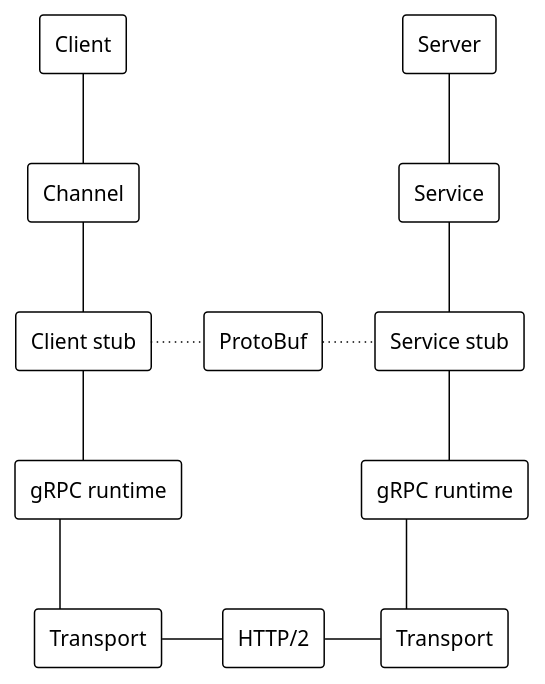
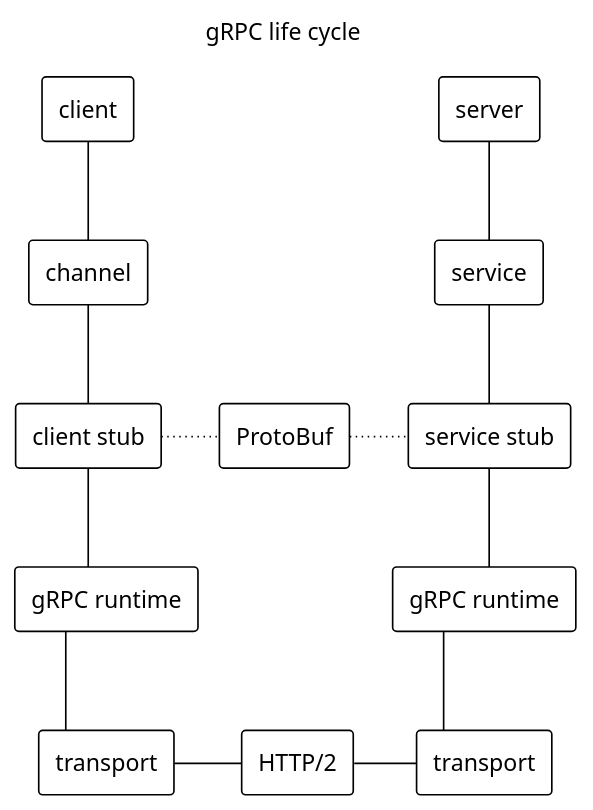
Before and after one commit to c0p4c4b4n4/grpc-grpc-java: the diagram in images/gRPC.puml, drawn with PlantUML. The commit also changed 1 other file, not shown here.

```diff
--- a/images/gRPC.puml
+++ b/images/gRPC.puml
@@ -1,44 +1,47 @@
 @startuml
 !theme plain
-scale 1.0
+scale 1.1
+title gRPC life cycle
+skinparam TitleFontStyle plain
+skinparam TitleFontSize 14
 skinparam defaultTextAlignment center
 skinparam linetype ortho
 
-rectangle "Client" as C0
-rectangle "Channel" as C1
-rectangle "Client stub" as C2
+rectangle "client" as C0
+rectangle "channel" as C1
+rectangle "client stub" as C2
 rectangle "gRPC runtime" as C3
-rectangle "Transport" as C4
+rectangle "transport" as C4
 
-rectangle "Server" as S0
-rectangle "Service" as S1
-rectangle "Service stub" as S2
+rectangle "server" as S0
+rectangle "service" as S1
+rectangle "service stub" as S2
 rectangle "gRPC runtime" as S3
-rectangle "Transport" as S4
+rectangle "transport" as S4
 
 rectangle "ProtoBuf" as P
 rectangle "HTTP/2" as H
 
 C0 -d- C1
 C1 -d- C2
 C2 -d- C3
 C3 -d- C4
 C3 -[hidden]d- C4
 C3 -[hidden]d- C4
 C3 -[hidden]d- C4
 
 S0 -d- S1
 S1 -d- S2
 S2 -d- S3
 S3 -d- S4
 S3 -[hidden]d- S4
 S3 -[hidden]d- S4
 S3 -[hidden]d- S4
 
 C2 -[dotted]r- P
 P -[dotted]r- S2
 
 C4 -r- H
 H -r- S4
 
 @enduml
```
